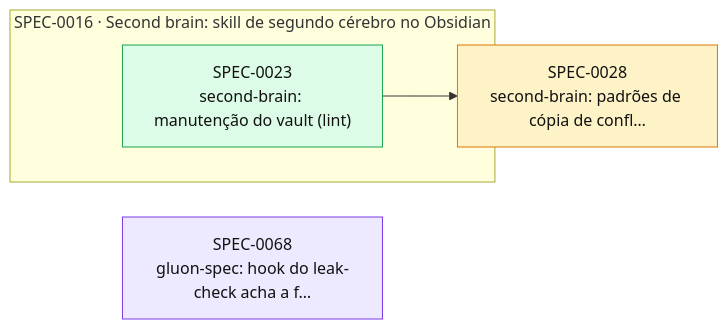
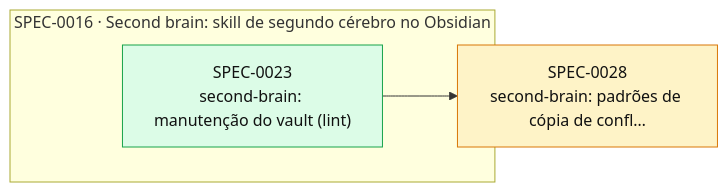
One commit to thomasravache/ai-dev-brain changed the diagram in docs/specs/INDEX.md. Above: the diagram before and after it, drawn with Mermaid. The commit also changed other lines of this file and 1 other file, not shown here.

First line of the commit message:
docs(specs): G7 e fechamento da SPEC-0068

````diff
--- a/docs/specs/INDEX.md
+++ b/docs/specs/INDEX.md
@@ -52,14 +51,13 @@
 ```mermaid
 flowchart LR
   S0028["SPEC-0028<br/>second-brain: padrões de cópia de confl…"]:::proposed
-  S0068["SPEC-0068<br/>gluon-spec: hook do leak-check acha a f…"]:::inprogress
   subgraph E0016["SPEC-0016 · Second brain: skill de segundo cérebro no Obsidian"]
     S0023["SPEC-0023<br/>second-brain: manutenção do vault (lint)"]:::implemented
   end
   S0023 --> S0028
   classDef proposed fill:#fef3c7,stroke:#d97706,color:#111
   classDef approved fill:#dbeafe,stroke:#2563eb,color:#111
   classDef inprogress fill:#ede9fe,stroke:#7c3aed,color:#111
   classDef implemented fill:#dcfce7,stroke:#16a34a,color:#111
   classDef deprecated fill:#f3f4f6,stroke:#9ca3af,color:#6b7280
 ```
````
